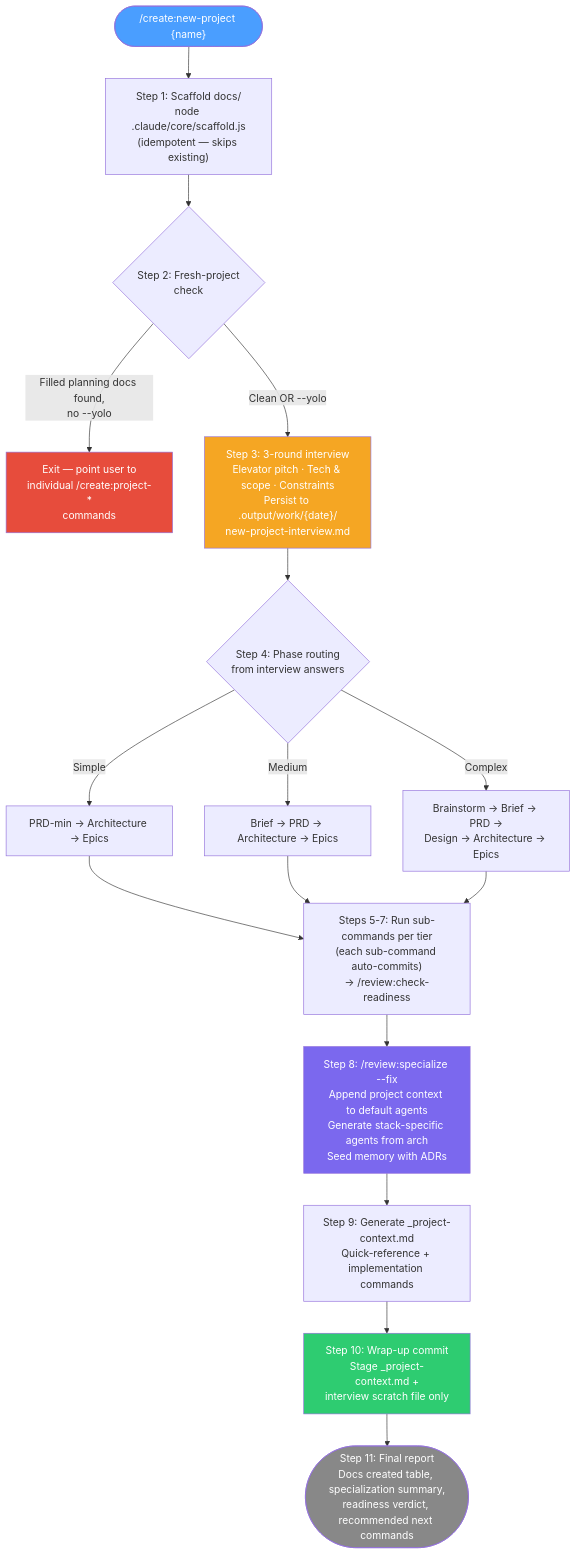
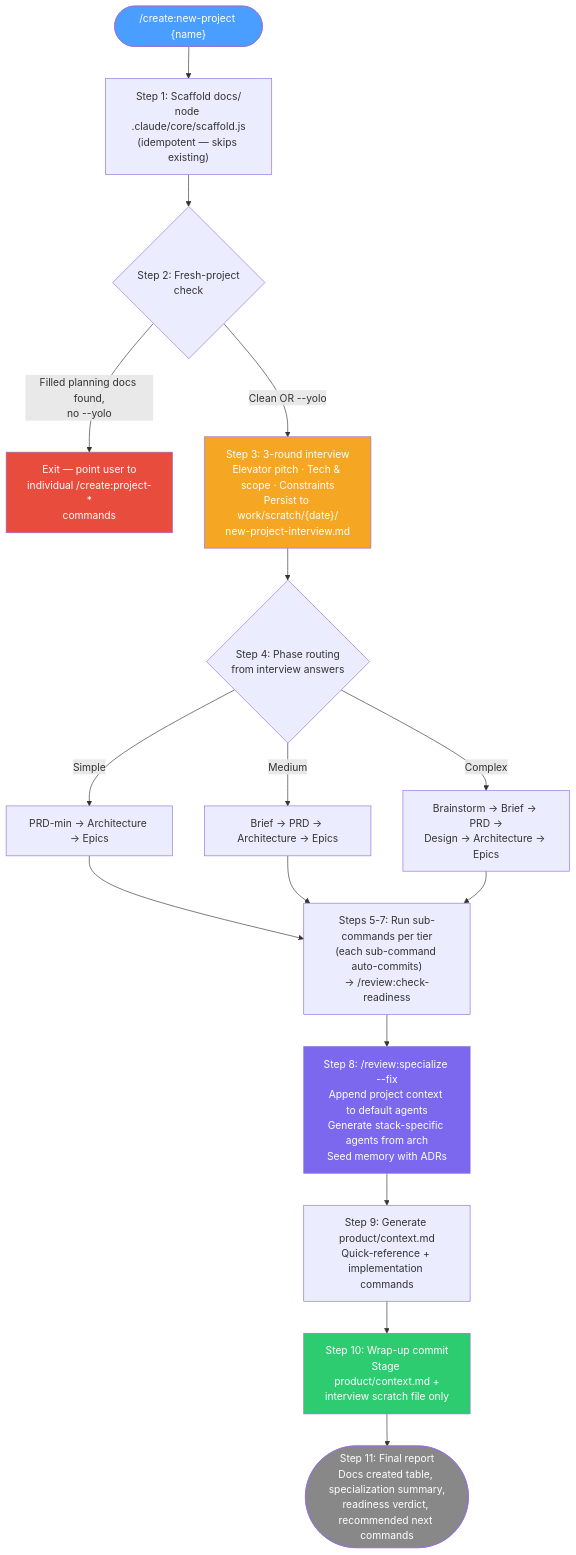
Before and after one commit to Domdhi/Agents.Domdhi: diagram 11 of 37 in docs/reference/commands.md, drawn with Mermaid. The commit also changed other lines of this file and 131 other files, not shown here.

````diff
--- a/docs/reference/commands.md
+++ b/docs/reference/commands.md
@@ -551,35 +551,35 @@
 ```mermaid
 flowchart TD
     START(["/create:new-project {name}"]) --> SCAFFOLD["Step 1: Scaffold docs/\nnode .claude/core/scaffold.js\n(idempotent — skips existing)"]
     SCAFFOLD --> FRESH{Step 2: Fresh-project\ncheck}
     FRESH -->|Filled planning docs found,\nno --yolo| EXIT["Exit — point user to\nindividual /create:project-*\ncommands"]
     FRESH -->|Clean OR --yolo| INTERVIEW
 
-    INTERVIEW["Step 3: 3-round interview\nElevator pitch · Tech & scope · Constraints\nPersist to .output/work/{date}/\nnew-project-interview.md"]
+    INTERVIEW["Step 3: 3-round interview\nElevator pitch · Tech & scope · Constraints\nPersist to work/scratch/{date}/\nnew-project-interview.md"]
 
     INTERVIEW --> ROUTE{Step 4: Phase routing\nfrom interview answers}
     ROUTE -->|Simple| SIMPLE["PRD-min → Architecture → Epics"]
     ROUTE -->|Medium| MEDIUM["Brief → PRD → Architecture → Epics"]
     ROUTE -->|Complex| COMPLEX["Brainstorm → Brief → PRD →\nDesign → Architecture → Epics"]
 
     SIMPLE --> PLAN
     MEDIUM --> PLAN
     COMPLEX --> PLAN
 
     PLAN["Steps 5-7: Run sub-commands per tier\n(each sub-command auto-commits)\n→ /review:check-readiness"]
 
     PLAN --> SPECIALIZE["Step 8: /review:specialize --fix\nAppend project context to default agents\nGenerate stack-specific agents from arch\nSeed memory with ADRs"]
 
-    SPECIALIZE --> CONTEXT["Step 9: Generate _project-context.md\nQuick-reference + implementation commands"]
+    SPECIALIZE --> CONTEXT["Step 9: Generate product/context.md\nQuick-reference + implementation commands"]
 
-    CONTEXT --> COMMIT["Step 10: Wrap-up commit\nStage _project-context.md +\ninterview scratch file only"]
+    CONTEXT --> COMMIT["Step 10: Wrap-up commit\nStage product/context.md +\ninterview scratch file only"]
 
     COMMIT --> REPORT(["Step 11: Final report\nDocs created table, specialization summary,\nreadiness verdict, recommended next commands"])
 
     style START fill:#4a9eff,color:#fff
     style EXIT fill:#e74c3c,color:#fff
     style INTERVIEW fill:#f5a623,color:#fff
     style SPECIALIZE fill:#7b68ee,color:#fff
     style COMMIT fill:#2ecc71,color:#fff
     style REPORT fill:#888,color:#fff
 ```
````
